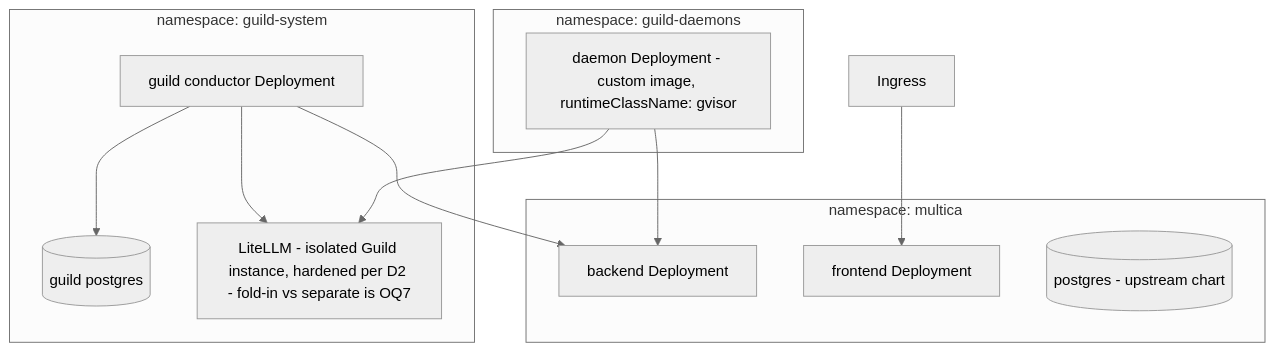
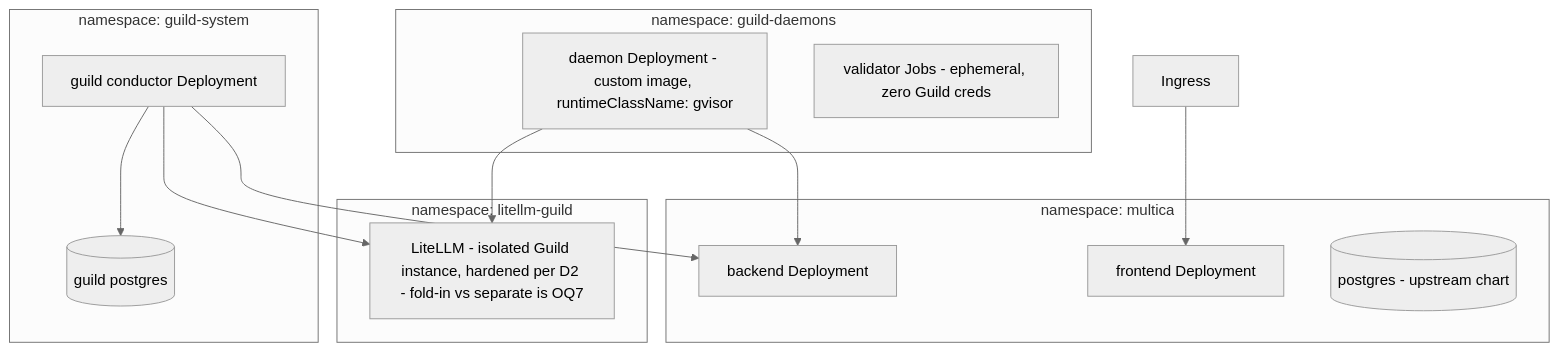
Before and after one commit to maacarbo/guild: the second of 2 diagrams in docs/ARCHITECTURE.md, drawn with Mermaid (neutral theme). The commit also changed other lines of this file and 5 other files, not shown here.

````diff
--- a/docs/ARCHITECTURE.md
+++ b/docs/ARCHITECTURE.md
@@ -129,22 +129,25 @@
 ```mermaid
 flowchart TB
     subgraph ns1["namespace: multica"]
         BE[backend Deployment]
         FE[frontend Deployment]
         MPG[(postgres - upstream chart)]
     end
     subgraph ns2["namespace: guild-system"]
         GC[guild conductor Deployment]
         GPG[(guild postgres)]
+    end
+    subgraph ns4["namespace: litellm-guild"]
         LLM2[LiteLLM - isolated Guild instance, hardened per D2 - fold-in vs separate is OQ7]
     end
     subgraph ns3["namespace: guild-daemons"]
         D1[daemon Deployment - custom image, runtimeClassName: gvisor]
+        VJ[validator Jobs - ephemeral, zero Guild creds]
     end
     ING[Ingress] --> FE
     GC --> BE
     D1 --> BE
     D1 --> LLM2
     GC --> LLM2
     GC --> GPG
 ```
````
